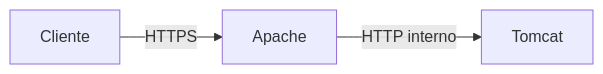
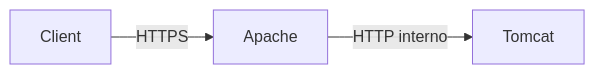
Before and after one commit to jordicido/jordicina: the third of 8 diagrams in docs/daw-daw/up3/03-cooperacion-apache-tomcat.md, drawn with Mermaid. The commit also changed other lines of this file and 10 other files, not shown here.

````diff
--- a/docs/daw-daw/up3/03-cooperacion-apache-tomcat.md
+++ b/docs/daw-daw/up3/03-cooperacion-apache-tomcat.md
@@ -162,5 +162,5 @@
 ```mermaid
 flowchart LR
-    C["Cliente"] -->|"HTTPS"| A["Apache"]
+    C["Client"] -->|"HTTPS"| A["Apache"]
     A -->|"HTTP interno"| T["Tomcat"]
 ```
````
